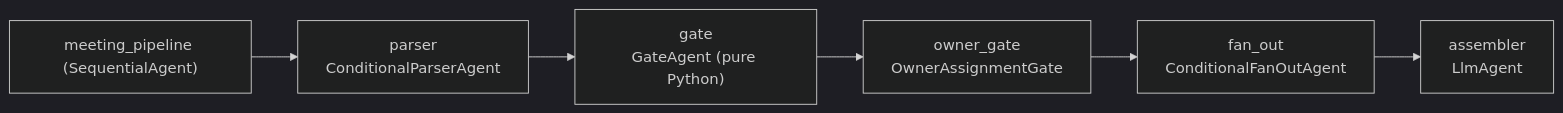
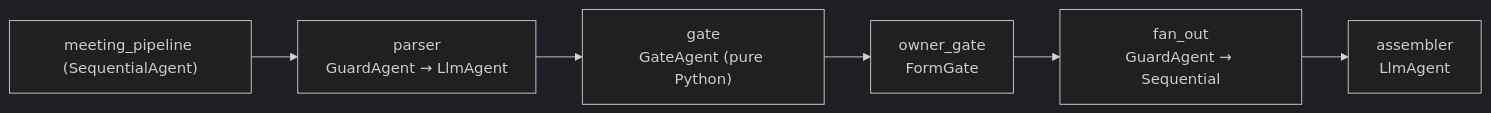
The first of 9 diagrams in Docs/Meeting-Workflow.md (Bojackson123/Workspace-Agent), drawn with Mermaid (dark theme) before and after one commit. The commit also changed other lines of this file and 53 other files, not shown here.

````diff
--- a/Docs/Meeting-Workflow.md
+++ b/Docs/Meeting-Workflow.md
@@ -24,8 +27,8 @@
 ```mermaid
 flowchart LR
-    P["meeting_pipeline (SequentialAgent)"] --> A["parser<br/>ConditionalParserAgent"]
+    P["meeting_pipeline (SequentialAgent)"] --> A["parser<br/>GuardAgent → LlmAgent"]
     A --> B["gate<br/>GateAgent (pure Python)"]
-    B --> C["owner_gate<br/>OwnerAssignmentGate"]
-    C --> D["fan_out<br/>ConditionalFanOutAgent"]
+    B --> C["owner_gate<br/>FormGate"]
+    C --> D["fan_out<br/>GuardAgent → Sequential"]
     D --> E["assembler<br/>LlmAgent"]
 ```
````
